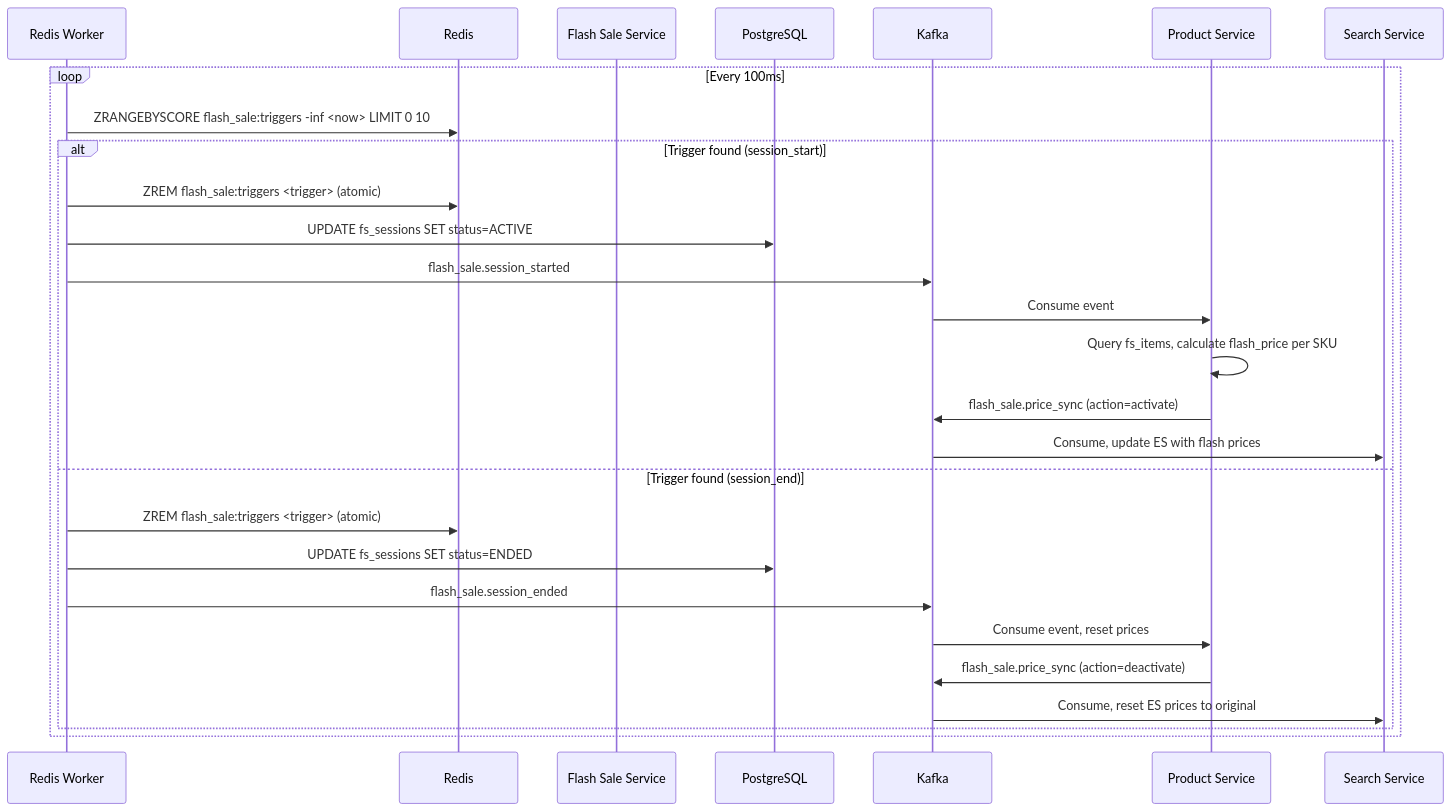
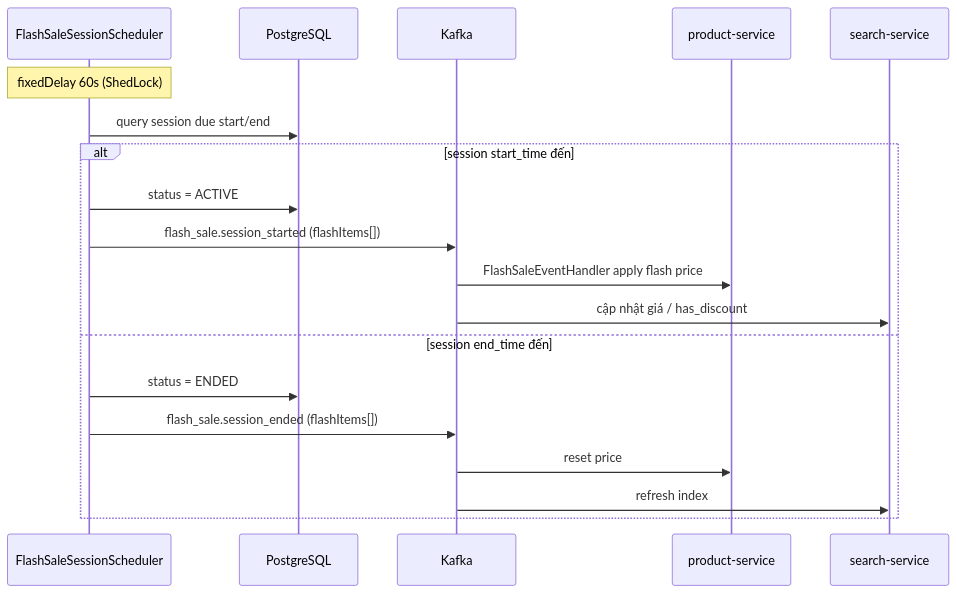
One commit to ldqanh1408/stealing-from-paradise changed the third of 11 diagrams in documents/overview/FLOWS.md. Above: the diagram before and after it, drawn with Mermaid. The commit also changed other lines of this file and 48 other files, not shown here.

````diff
--- a/documents/overview/FLOWS.md
+++ b/documents/overview/FLOWS.md
@@ -49,30 +42,22 @@
 ```mermaid
 sequenceDiagram
-    participant Worker as Redis Worker
-    participant Redis
-    participant FS as Flash Sale Service
+    participant SCH as FlashSaleSessionScheduler
     participant PG as PostgreSQL
-    participant Kafka
-    participant PS as Product Service
-    participant SS as Search Service
+    participant K as Kafka
+    participant PR as product-service
+    participant SR as search-service
 
-    loop Every 100ms
-        Worker->>Redis: ZRANGEBYSCORE flash_sale:triggers -inf <now> LIMIT 0 10
-        alt Trigger found (session_start)
-            Worker->>Redis: ZREM flash_sale:triggers <trigger> (atomic)
-            Worker->>PG: UPDATE fs_sessions SET status=ACTIVE
-            Worker->>Kafka: flash_sale.session_started
-            Kafka->>PS: Consume event
-            PS->>PS: Query fs_items, calculate flash_price per SKU
-            PS->>Kafka: flash_sale.price_sync (action=activate)
-            Kafka->>SS: Consume, update ES with flash prices
-        else Trigger found (session_end)
-            Worker->>Redis: ZREM flash_sale:triggers <trigger> (atomic)
-            Worker->>PG: UPDATE fs_sessions SET status=ENDED
-            Worker->>Kafka: flash_sale.session_ended
-            Kafka->>PS: Consume event, reset prices
-            PS->>Kafka: flash_sale.price_sync (action=deactivate)
-            Kafka->>SS: Consume, reset ES prices to original
-        end
+    Note over SCH: fixedDelay 60s (ShedLock)
+    SCH->>PG: query session due start/end
+    alt session start_time đến
+        SCH->>PG: status = ACTIVE
+        SCH->>K: flash_sale.session_started (flashItems[])
+        K->>PR: FlashSaleEventHandler apply flash price
+        K->>SR: cập nhật giá / has_discount
+    else session end_time đến
+        SCH->>PG: status = ENDED
+        SCH->>K: flash_sale.session_ended (flashItems[])
+        K->>PR: reset price
+        K->>SR: refresh index
     end
 ```
````
